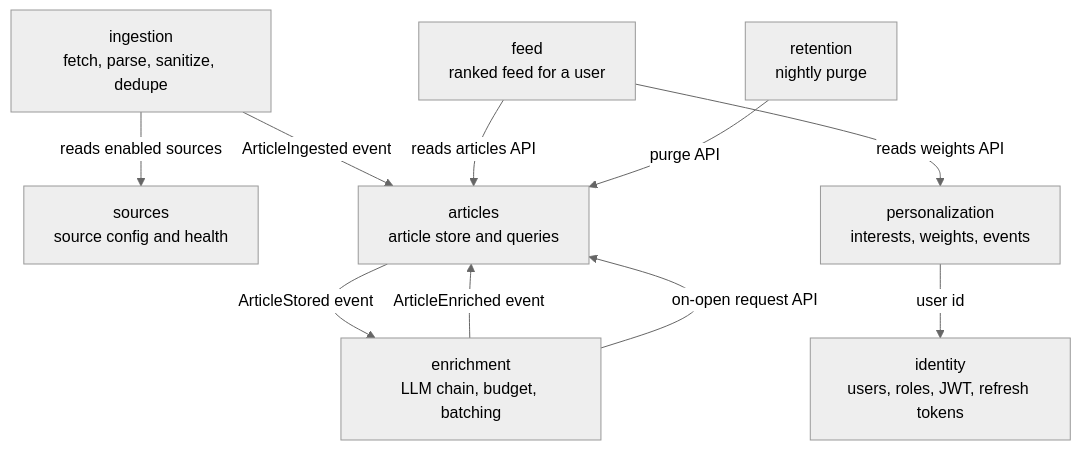
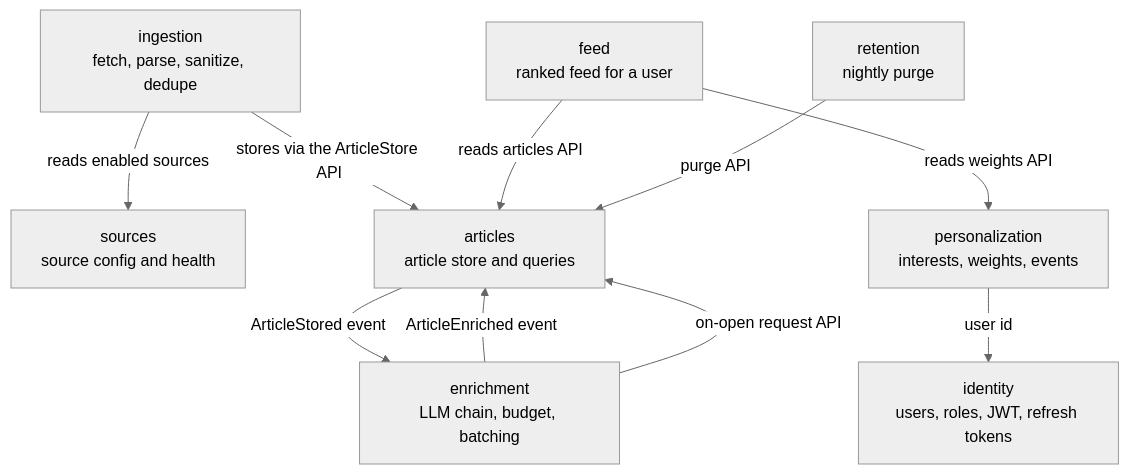
One commit to Balajibn64/intell-hub changed the second of 5 diagrams in docs/ARCHITECTURE.md. Above: the diagram before and after it, drawn with Mermaid (neutral theme). The commit also changed other lines of this file and 78 other files, not shown here.

````diff
--- a/docs/ARCHITECTURE.md
+++ b/docs/ARCHITECTURE.md
@@ -26,21 +26,21 @@
 ```mermaid
 flowchart TD
     identity[identity<br/>users, roles, JWT, refresh tokens]
     sources[sources<br/>source config and health]
     ingestion[ingestion<br/>fetch, parse, sanitize, dedupe]
     articles[articles<br/>article store and queries]
     enrichment[enrichment<br/>LLM chain, budget, batching]
     personalization[personalization<br/>interests, weights, events]
     feed[feed<br/>ranked feed for a user]
     retention[retention<br/>nightly purge]
 
     ingestion -->|reads enabled sources| sources
-    ingestion -->|ArticleIngested event| articles
+    ingestion -->|stores via the ArticleStore API| articles
     articles -->|ArticleStored event| enrichment
     enrichment -->|ArticleEnriched event| articles
     feed -->|reads articles API| articles
     feed -->|reads weights API| personalization
     personalization -->|user id| identity
     retention -->|purge API| articles
     enrichment -->|on-open request API| articles
 ```
````
